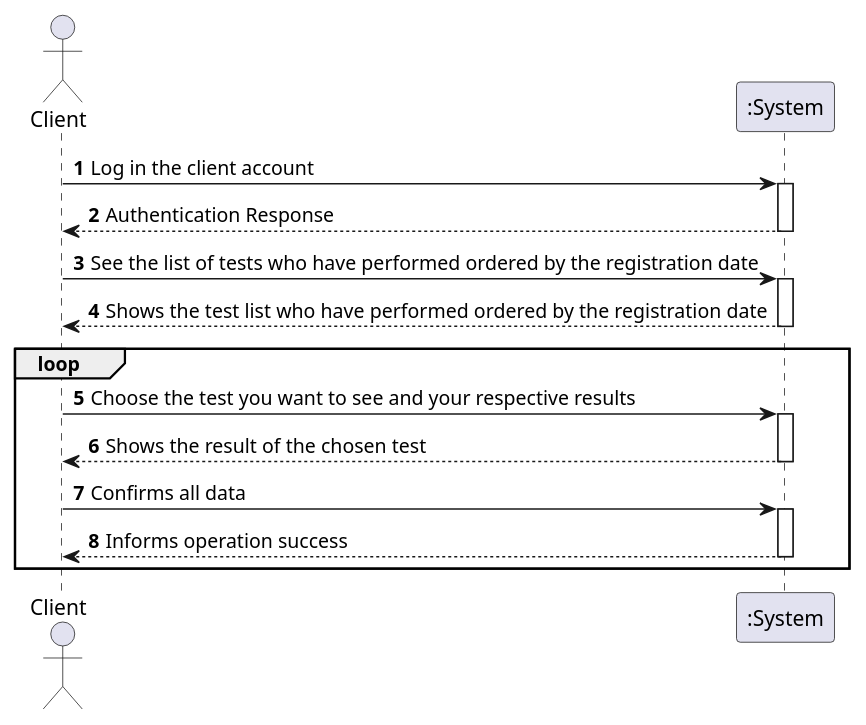
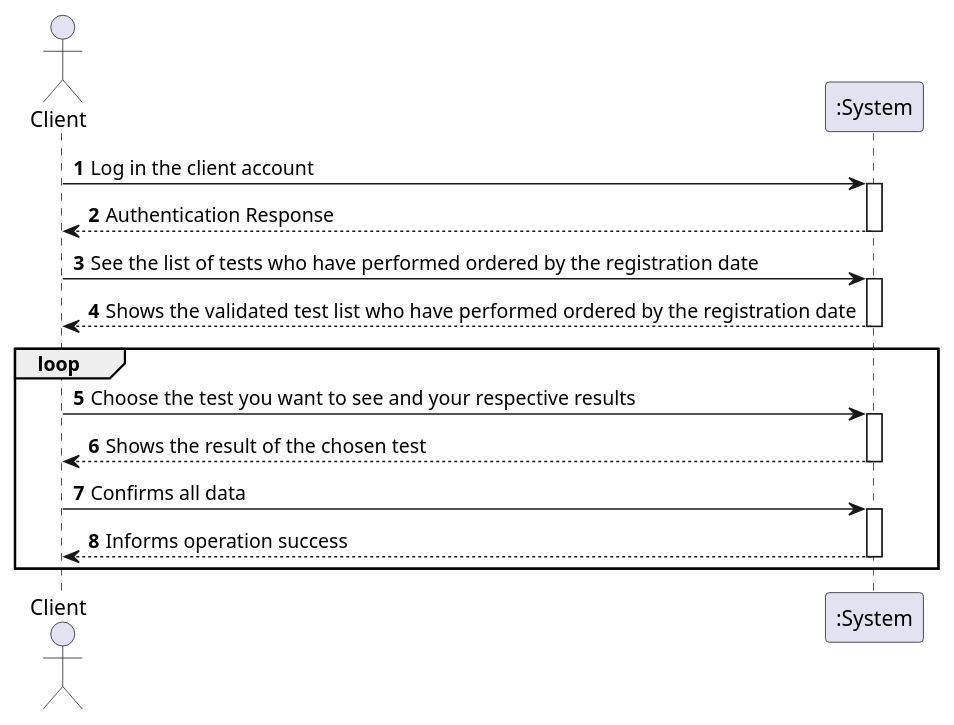
Before and after one commit to GuilhermeCunha79/lapr2: the diagram in docs/SprintD/US1/US1_SSD.puml, drawn with PlantUML. The commit also changed 19 other files, not shown here.

Commit message:
US1 Diagrams, md and svgs US1 implementation and test JavaFx complete and almost finish UI

```diff
--- a/docs/SprintD/US1/US1_SSD.puml
+++ b/docs/SprintD/US1/US1_SSD.puml
@@ -1,29 +1,29 @@
 @startuml
 autonumber
 'hide footbox
 actor "Client" as CLIENT
 
 participant ":System" as SYSTEM
 
 CLIENT -> SYSTEM : Log in the client account
 activate SYSTEM
 
 SYSTEM --> CLIENT : Authentication Response
 deactivate SYSTEM
 
 CLIENT -> SYSTEM : See the list of tests who have performed ordered by the registration date
 activate SYSTEM
-SYSTEM --> CLIENT : Shows the test list who have performed ordered by the registration date
+SYSTEM --> CLIENT : Shows the validated test list who have performed ordered by the registration date
 deactivate SYSTEM
 loop
 CLIENT -> SYSTEM : Choose the test you want to see and your respective results
 activate SYSTEM
 SYSTEM --> CLIENT : Shows the result of the chosen test
 deactivate SYSTEM
 CLIENT -> SYSTEM : Confirms all data
 activate SYSTEM
 SYSTEM --> CLIENT : Informs operation success
 deactivate SYSTEM
 end
 
 @enduml
```
